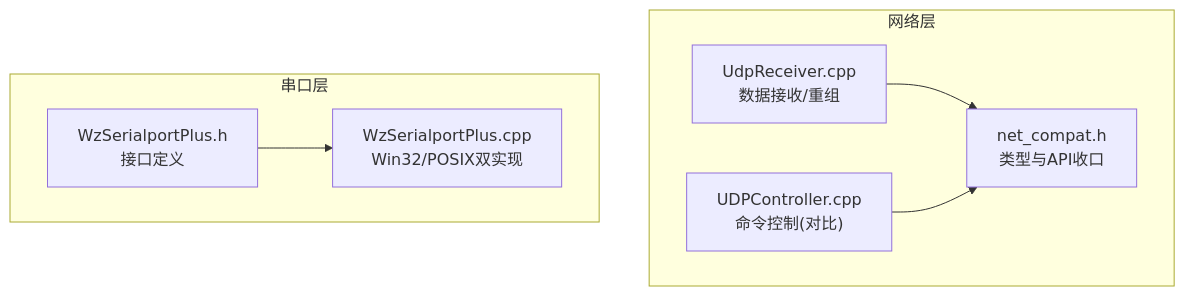
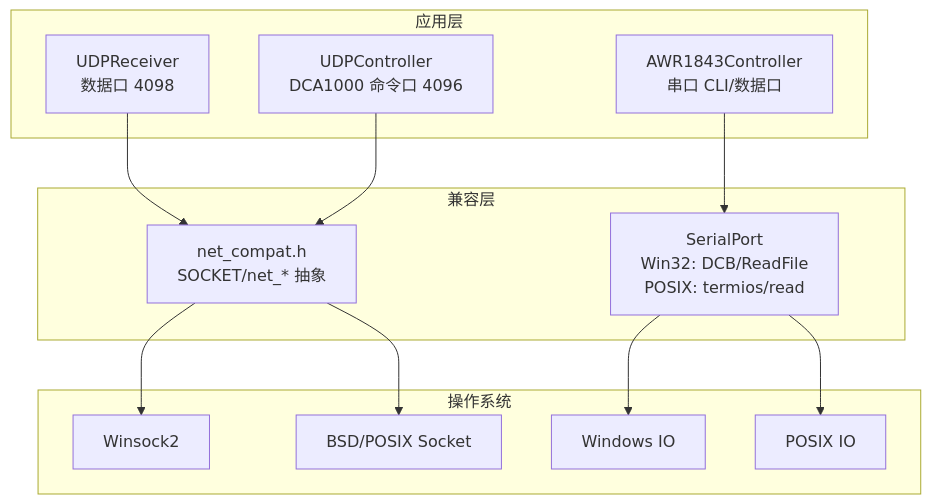
The first of 6 diagrams in .qoder/repowiki/zh/content/跨平台兼容性设计.md (Lukad77/awr1843-radar-toolkit), drawn with Mermaid before and after one commit. The commit also changed other lines of this file and 106 other files, not shown here.

````diff
--- a/.qoder/repowiki/zh/content/跨平台兼容性设计.md
+++ b/.qoder/repowiki/zh/content/跨平台兼容性设计.md
@@ -37,15 +26,25 @@
 ```mermaid
 graph TB
-subgraph "网络层"
-NC["net_compat.h<br/>类型与API收口"]
-UR["UdpReceiver.cpp<br/>数据接收/重组"]
-UC["UDPController.cpp<br/>命令控制(对比)"]
+subgraph "应用层"
+UDPReceiver["UDPReceiver<br/>数据口 4098"]
+AWR1843Controller["AWR1843Controller<br/>串口 CLI/数据口"]
+UDPController["UDPController<br/>DCA1000 命令口 4096"]
 end
-subgraph "串口层"
-SPH["WzSerialportPlus.h<br/>接口定义"]
-SPC["WzSerialportPlus.cpp<br/>Win32/POSIX双实现"]
+subgraph "兼容层"
+NetCompat["net_compat.h<br/>SOCKET/net_* 抽象"]
+SerialLayer["SerialPort<br/>Win32: DCB/ReadFile<br/>POSIX: termios/read"]
 end
-UR --> NC
-UC --> NC
-SPH --> SPC
+subgraph "操作系统"
+WinSock["Winsock2"]
+BSDSocket["BSD/POSIX Socket"]
+WinIO["Windows IO"]
+PosixIO["POSIX IO"]
+end
+UDPReceiver --> NetCompat
+AWR1843Controller --> SerialLayer
+UDPController --> NetCompat
+NetCompat --> WinSock
+NetCompat --> BSDSocket
+SerialLayer --> WinIO
+SerialLayer --> PosixIO
 ```
````
